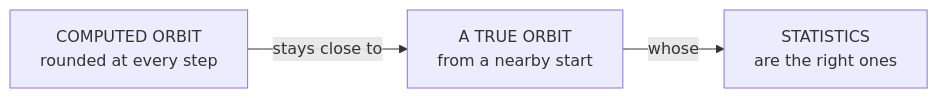
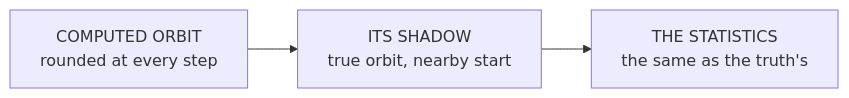
Before and after one commit to konradcinkusz/chaos-theory-for-dummies: the diagram in figures/mermaid/en/ch16-shadow.mmd, drawn with Mermaid. The commit also changed 40 other files, not shown here.

```diff
--- a/figures/mermaid/en/ch16-shadow.mmd
+++ b/figures/mermaid/en/ch16-shadow.mmd
@@ -1,3 +1,3 @@
 flowchart LR
-  C["COMPUTED ORBIT<br/>rounded at every step"] -- "stays close to" --> S["A TRUE ORBIT<br/>from a nearby start"]
-  S -- "whose" --> P["STATISTICS<br/>are the right ones"]
+  C["COMPUTED ORBIT<br/>rounded at every step"] --> S["ITS SHADOW<br/>true orbit, nearby start"]
+  S --> P["THE STATISTICS<br/>the same as the truth's"]
```
